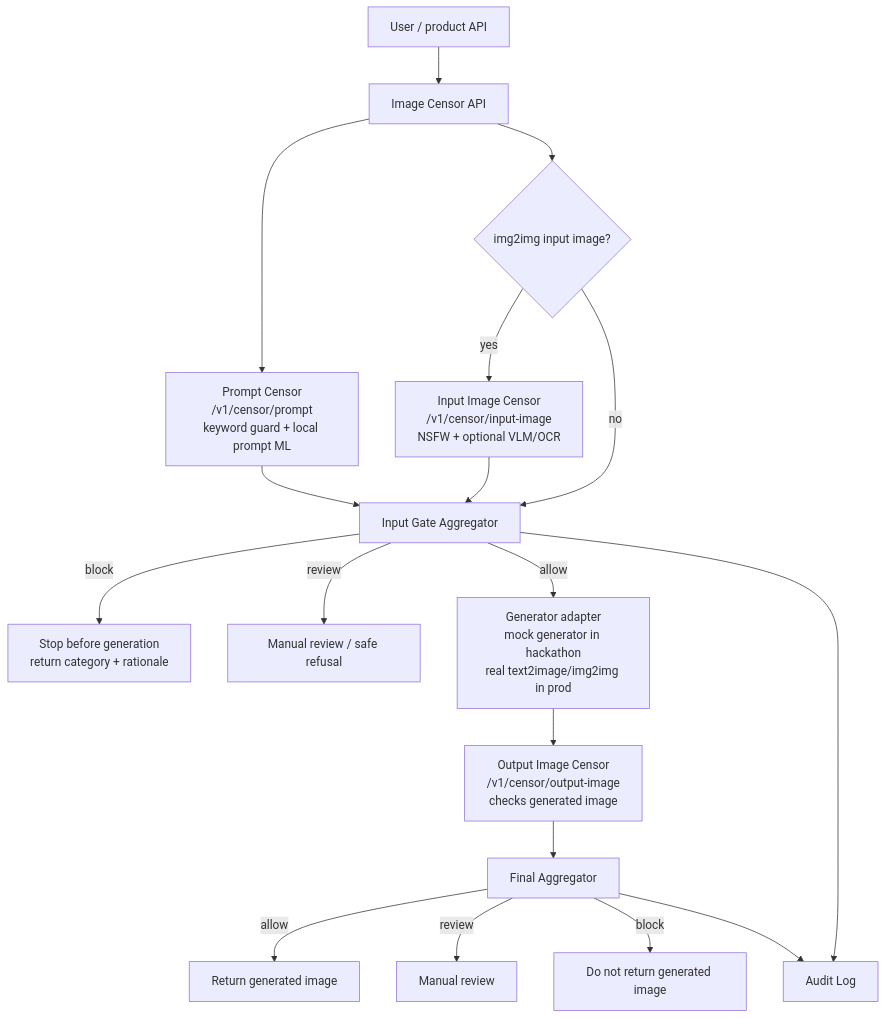
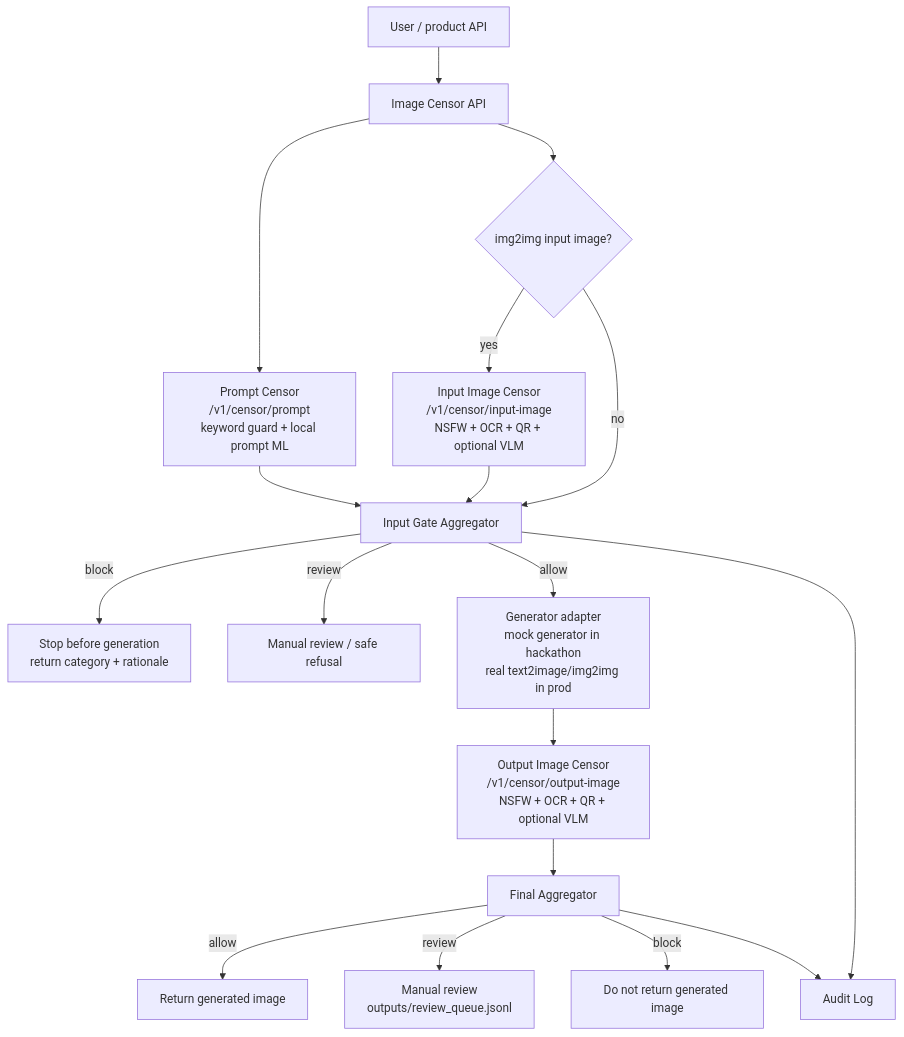
The diagram in docs/hackathon-pipeline.md (oversanya/img-censorship-module), drawn with Mermaid before and after one commit. The commit also changed other lines of this file and 29 other files, not shown here.

````diff
--- a/docs/hackathon-pipeline.md
+++ b/docs/hackathon-pipeline.md
@@ -12,27 +14,27 @@
 ```mermaid
 flowchart TD
     U["User / product API"] --> A["Image Censor API"]
 
     A --> P["Prompt Censor<br/>/v1/censor/prompt<br/>keyword guard + local prompt ML"]
     A --> Q{"img2img input image?"}
 
-    Q -->|yes| I["Input Image Censor<br/>/v1/censor/input-image<br/>NSFW + optional VLM/OCR"]
+    Q -->|yes| I["Input Image Censor<br/>/v1/censor/input-image<br/>NSFW + OCR + QR + optional VLM"]
     Q -->|no| G1["Input Gate Aggregator"]
 
     P --> G1
     I --> G1
 
     G1 -->|block| B1["Stop before generation<br/>return category + rationale"]
     G1 -->|review| R1["Manual review / safe refusal"]
     G1 -->|allow| GEN["Generator adapter<br/>mock generator in hackathon<br/>real text2image/img2img in prod"]
 
-    GEN --> O["Output Image Censor<br/>/v1/censor/output-image<br/>checks generated image"]
+    GEN --> O["Output Image Censor<br/>/v1/censor/output-image<br/>NSFW + OCR + QR + optional VLM"]
     O --> G2["Final Aggregator"]
 
     G2 -->|allow| OK["Return generated image"]
-    G2 -->|review| R2["Manual review"]
+    G2 -->|review| R2["Manual review<br/>outputs/review_queue.jsonl"]
     G2 -->|block| B2["Do not return generated image"]
 
     G1 --> L["Audit Log"]
     G2 --> L
 ```
````
